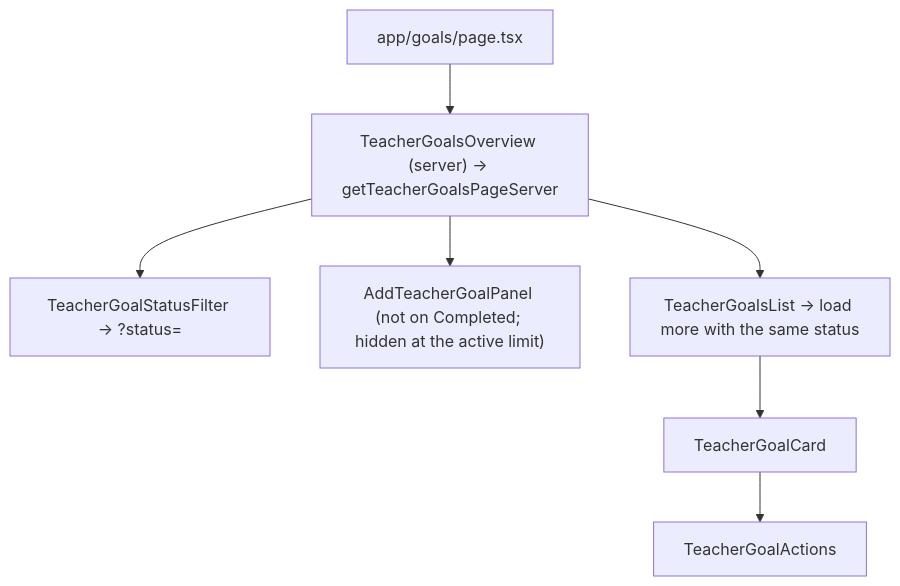
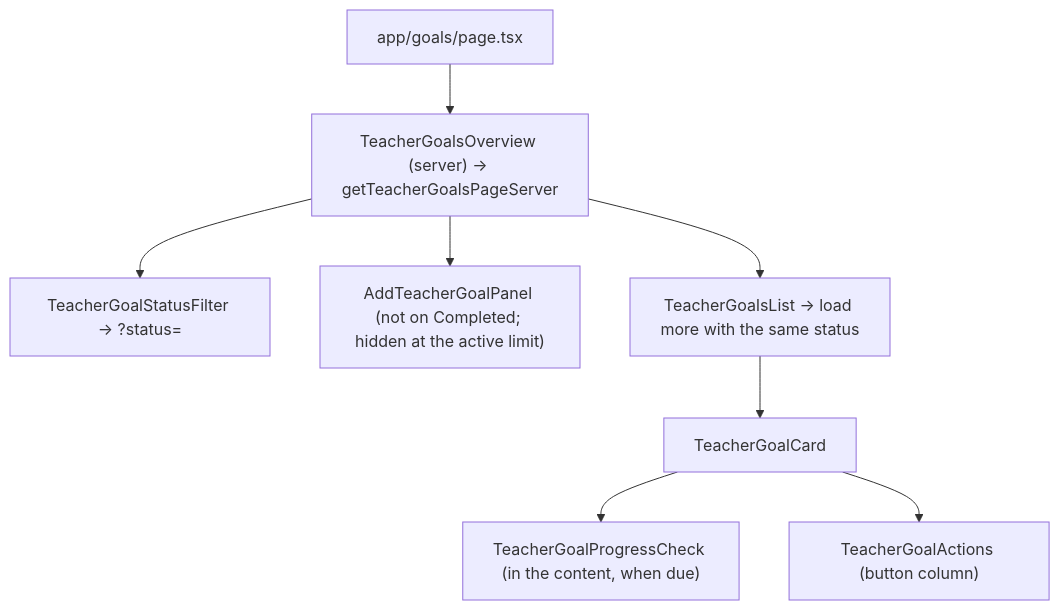
Before and after one commit to KaterynaKocheharova/Practice-app: the first of 3 diagrams in front/src/docs/teachers/teacher-goals.md, drawn with Mermaid. The commit also changed other lines of this file and 5 other files, not shown here.

Commit message:
imrpove goal card elements placement

````diff
--- a/front/src/docs/teachers/teacher-goals.md
+++ b/front/src/docs/teachers/teacher-goals.md
@@ -28,9 +28,10 @@
 ```mermaid
 flowchart TD
   Page["app/goals/page.tsx"] --> Overview["TeacherGoalsOverview (server) → getTeacherGoalsPageServer"]
   Overview --> Filter["TeacherGoalStatusFilter → ?status="]
   Overview --> Add["AddTeacherGoalPanel (not on Completed; hidden at the active limit)"]
   Overview --> List["TeacherGoalsList → load more with the same status"]
   List --> Card["TeacherGoalCard"]
-  Card --> Actions["TeacherGoalActions"]
+  Card --> Check["TeacherGoalProgressCheck (in the content, when due)"]
+  Card --> Actions["TeacherGoalActions (button column)"]
 ```
````
